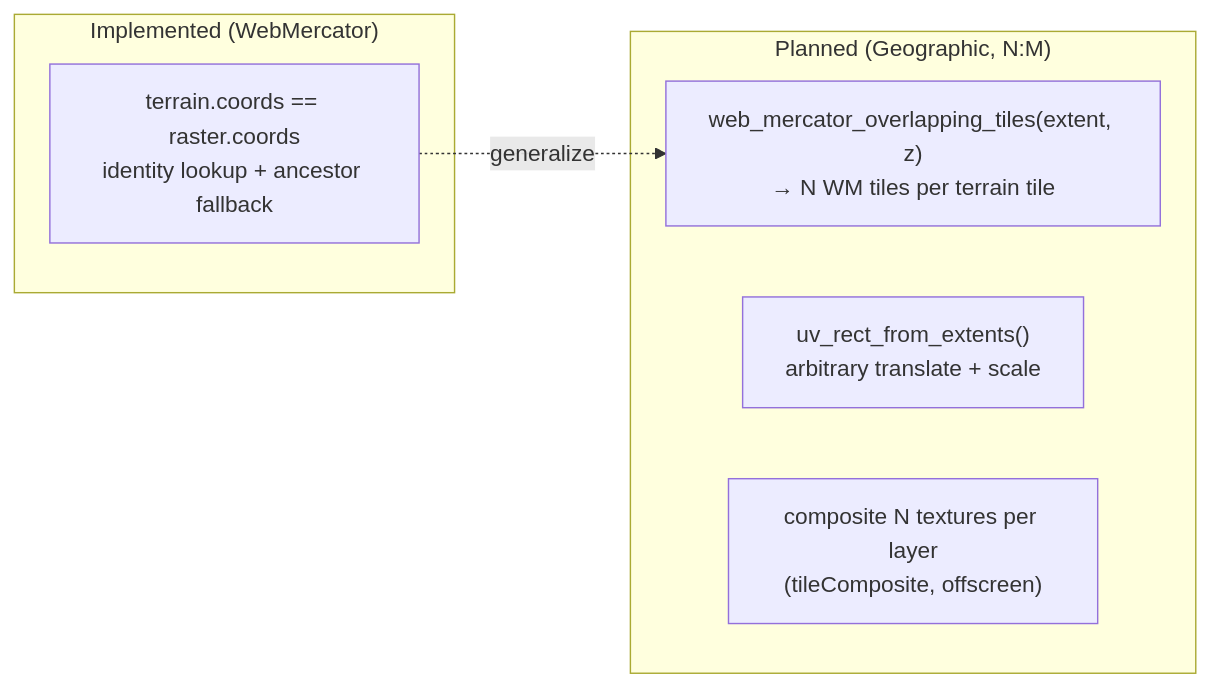
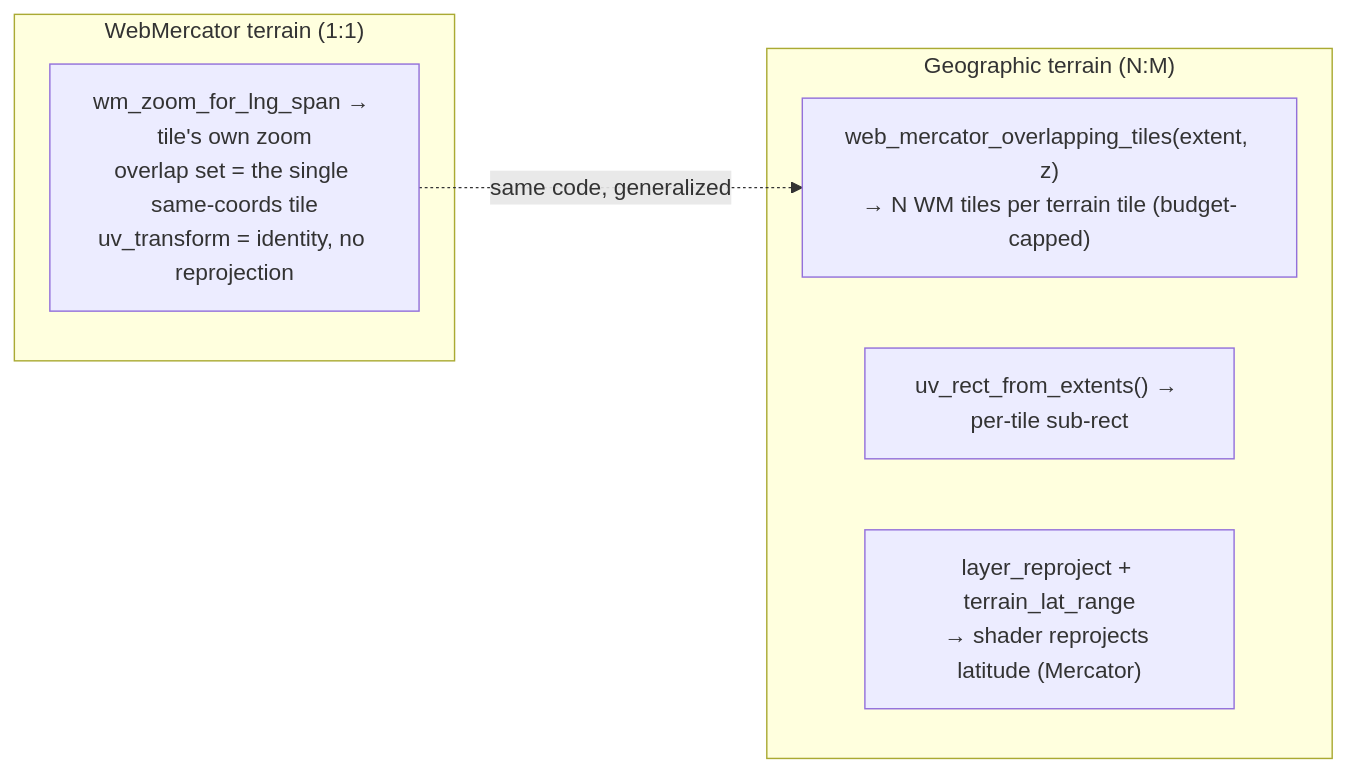
One commit to matrix9neonebuchadnezzar2199-sketch/navara changed the ninth of 9 diagrams in guide/TILE_TERRAIN_TRAVERSAL.md. Above: the diagram before and after it, drawn with Mermaid. The commit also changed other lines of this file and 28 other files, not shown here.

First line of the commit message:
feat: support raster tile on quantized mesh (#652)

````diff
--- a/guide/TILE_TERRAIN_TRAVERSAL.md
+++ b/guide/TILE_TERRAIN_TRAVERSAL.md
@@ -288,12 +329,12 @@
 ```mermaid
 flowchart LR
-  subgraph Now["Implemented (WebMercator)"]
-    A["terrain.coords == raster.coords<br/>identity lookup + ancestor fallback"]
+  subgraph Same["WebMercator terrain (1:1)"]
+    A["wm_zoom_for_lng_span → tile's own zoom<br/>overlap set = the single same-coords tile<br/>uv_transform = identity, no reprojection"]
   end
-  subgraph Next["Planned (Geographic, N:M)"]
-    B["web_mercator_overlapping_tiles(extent, z)<br/>→ N WM tiles per terrain tile"]
-    C["uv_rect_from_extents()<br/>arbitrary translate + scale"]
-    D["composite N textures per layer<br/>(tileComposite, offscreen)"]
+  subgraph Cross["Geographic terrain (N:M)"]
+    B["web_mercator_overlapping_tiles(extent, z)<br/>→ N WM tiles per terrain tile (budget-capped)"]
+    C["uv_rect_from_extents() → per-tile sub-rect"]
+    D["layer_reproject + terrain_lat_range<br/>→ shader reprojects latitude (Mercator)"]
   end
-  A -.->|generalize| B
+  A -.->|same code, generalized| B
 ```
````
